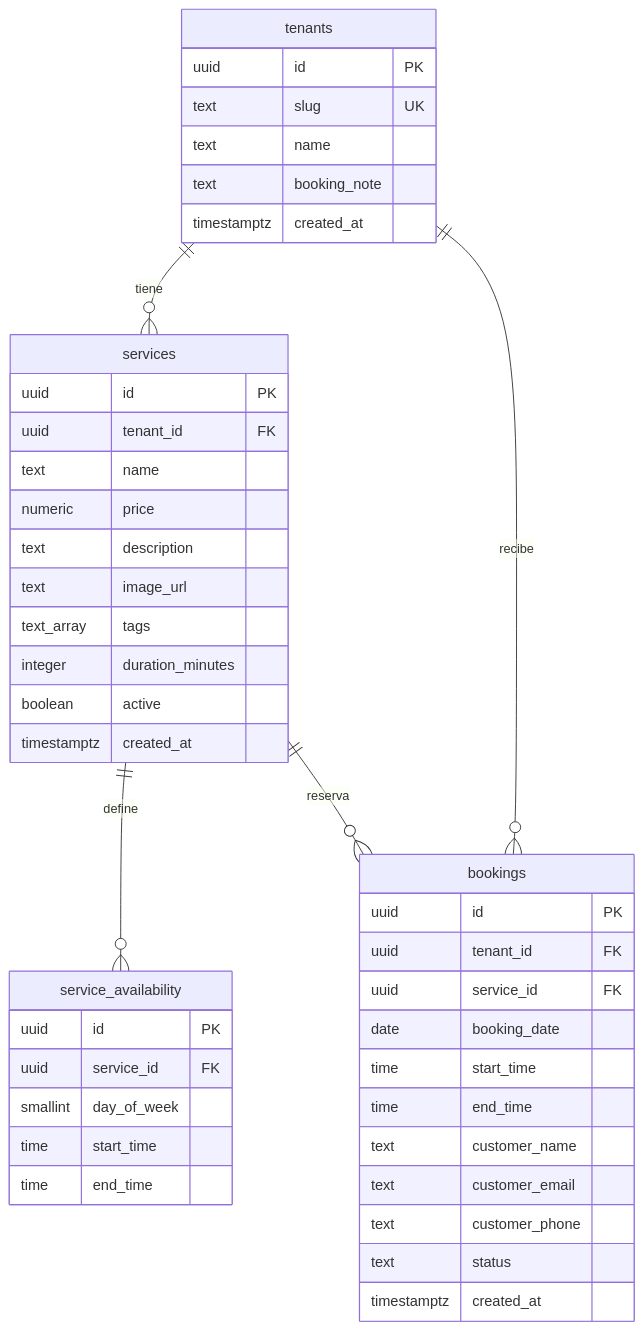
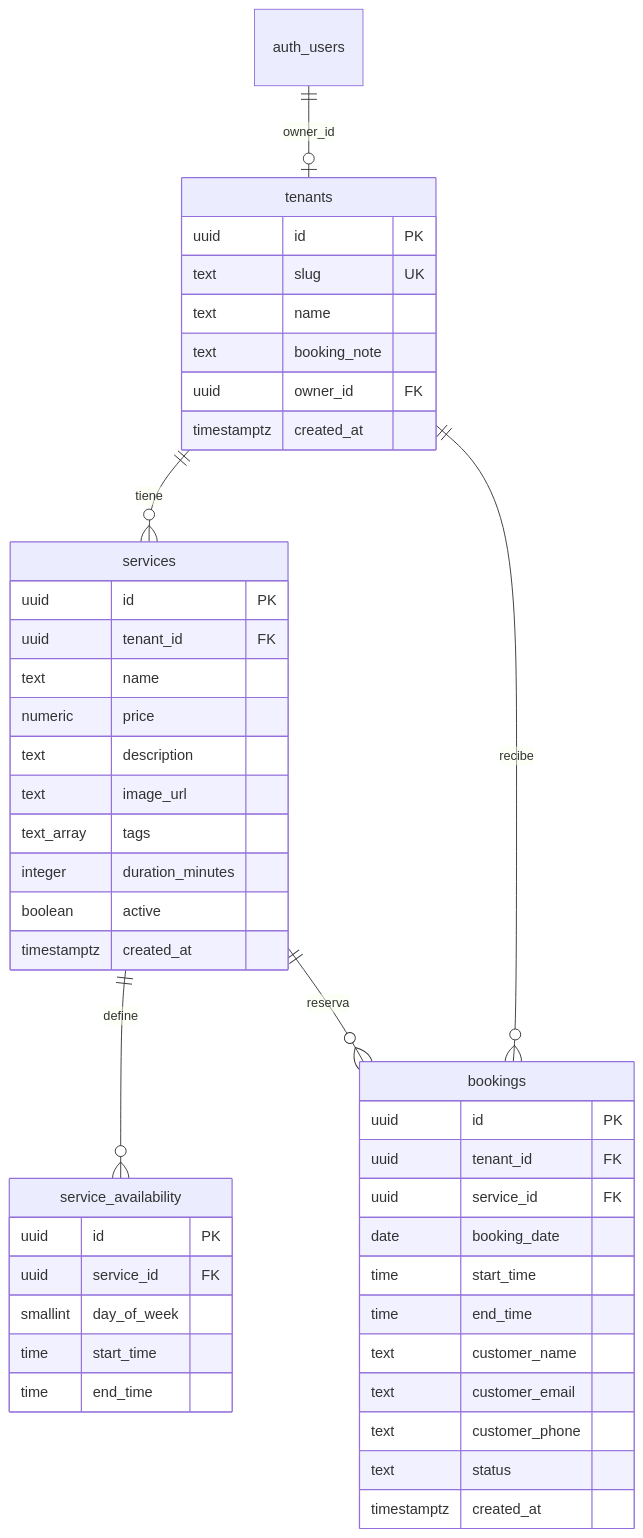
Before and after one commit to Manoplo/fastbook: the diagram in fastbook-roadmap.md, drawn with Mermaid. The commit also changed other lines of this file and 13 other files, not shown here.

Commit message:
feat: improve login flow

````diff
--- a/fastbook-roadmap.md
+++ b/fastbook-roadmap.md
@@ -41,50 +108,52 @@
 ```mermaid
 erDiagram
+  auth_users ||--o| tenants : "owner_id"
   tenants ||--o{ services : "tiene"
   tenants ||--o{ bookings : "recibe"
   services ||--o{ service_availability : "define"
   services ||--o{ bookings : "reserva"
 
   tenants {
     uuid id PK
     text slug UK
     text name
     text booking_note
+    uuid owner_id FK
     timestamptz created_at
   }
 
   services {
     uuid id PK
     uuid tenant_id FK
     text name
     numeric price
     text description
     text image_url
     text_array tags
     integer duration_minutes
     boolean active
     timestamptz created_at
   }
 
   service_availability {
     uuid id PK
     uuid service_id FK
     smallint day_of_week
     time start_time
     time end_time
   }
 
   bookings {
     uuid id PK
     uuid tenant_id FK
     uuid service_id FK
     date booking_date
     time start_time
     time end_time
     text customer_name
     text customer_email
     text customer_phone
     text status
     timestamptz created_at
   }
 ```
````
